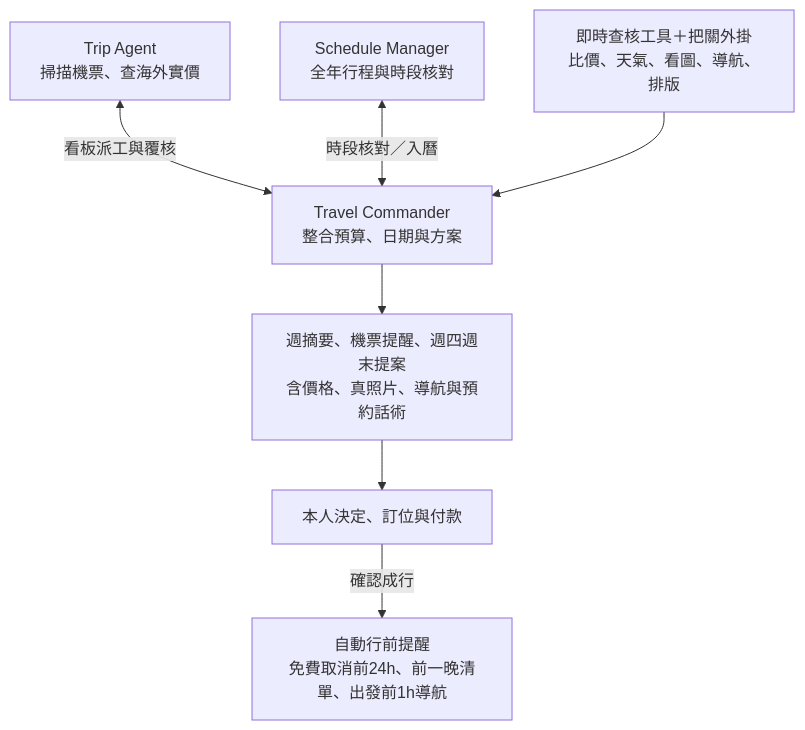
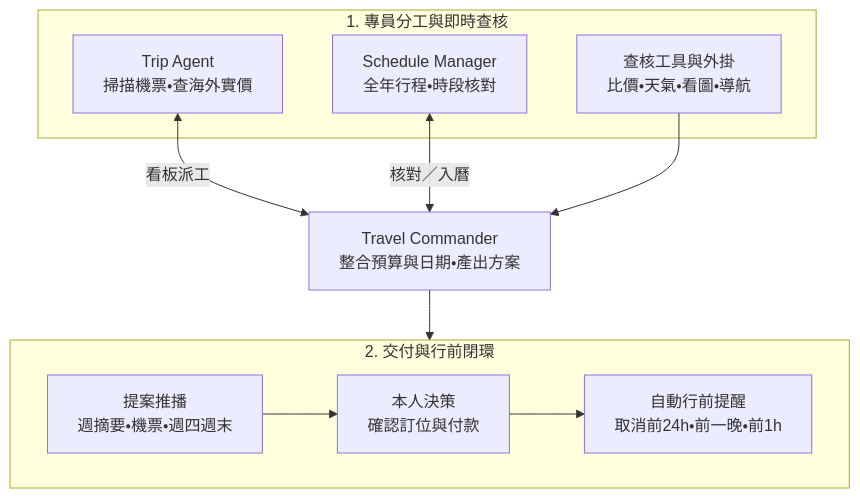
One commit to baka2496/hermes-travel-workflow changed the diagram in README.md. Above: the diagram before and after it, drawn with Mermaid.

Commit message:
Arrange README flowchart into a balanced 3-tier symmetric layout

````diff
--- a/README.md
+++ b/README.md
@@ -5,10 +5,20 @@
 ```mermaid
-flowchart TD
-    trip["Trip Agent<br/>掃描機票、查海外實價"] <-->|"看板派工與覆核"| cmd["Travel Commander<br/>整合預算、日期與方案"]
-    sched["Schedule Manager<br/>全年行程與時段核對"] <-->|"時段核對／入曆"| cmd
-    tools["即時查核工具＋把關外掛<br/>比價、天氣、看圖、導航、排版"] --> cmd
+flowchart TB
+    subgraph S1["1. 專員分工與即時查核"]
+        trip["Trip Agent<br/>掃描機票・查海外實價"]
+        sched["Schedule Manager<br/>全年行程・時段核對"]
+        tools["查核工具與外掛<br/>比價・天氣・看圖・導航"]
+    end
 
-    cmd --> out["週摘要、機票提醒、週四週末提案<br/>含價格、真照片、導航與預約話術"]
-    out --> owner["本人決定、訂位與付款"]
-    owner -->|"確認成行"| remind["自動行前提醒<br/>免費取消前24h、前一晚清單、出發前1h導航"]
+    cmd["Travel Commander<br/>整合預算與日期・產出方案"]
+
+    subgraph S2["2. 交付與行前閉環"]
+        direction LR
+        out["提案推播<br/>週摘要・機票・週四週末"] --> owner["本人決策<br/>確認訂位與付款"] --> remind["自動行前提醒<br/>取消前24h・前一晚・前1h"]
+    end
+
+    trip <-->|"看板派工"| cmd
+    sched <-->|"核對／入曆"| cmd
+    tools --> cmd
+    cmd --> S2
 ```
````
